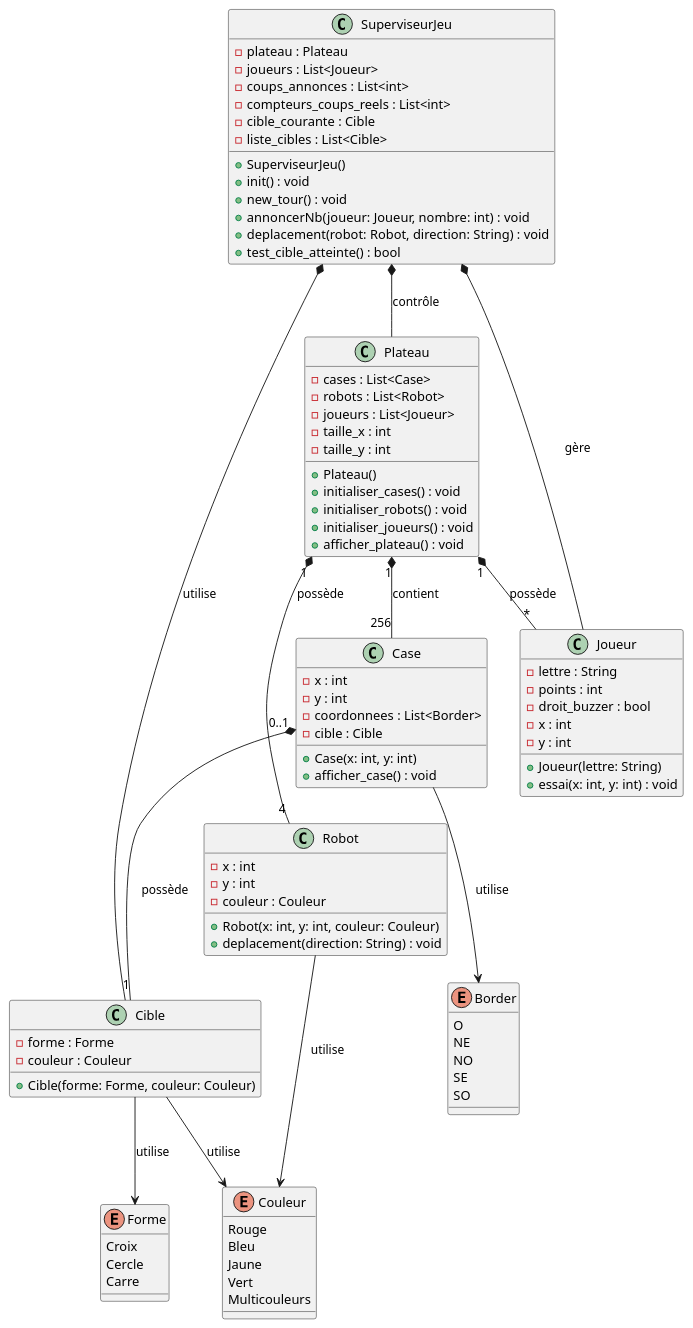
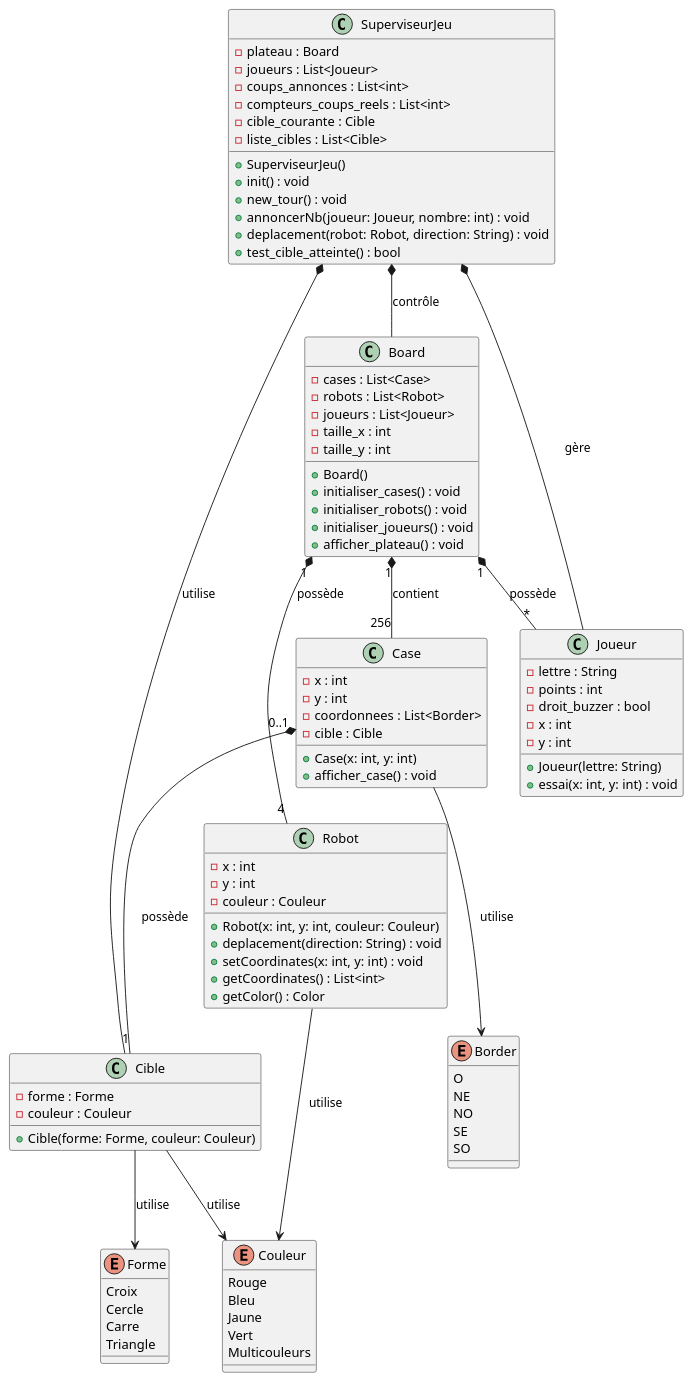
One commit to Philippeocloo/tp11-note-philips-_and_cau changed the diagram in uml/uml_diagram_class.wsd. Above: the diagram before and after it, drawn with PlantUML. The commit also changed 5 other files, not shown here.

Commit message:
Ajout classe Board + MAJ Target, Shape, UML

```diff
--- a/uml/uml_diagram_class.wsd
+++ b/uml/uml_diagram_class.wsd
@@ -1,98 +1,102 @@
-@startuml Plateau
+@startuml Board
 
 enum Border {
     O
     NE
     NO
     SE
     SO
 }
 
 enum Couleur {
     Rouge
     Bleu
     Jaune
     Vert
     Multicouleurs
 }
 
 enum Forme {
     Croix
     Cercle
     Carre
+    Triangle
 }
 
-class Plateau {
+class Board {
     - cases : List<Case>
     - robots : List<Robot>
     - joueurs : List<Joueur>
     - taille_x : int
     - taille_y : int
-    + Plateau()
+    + Board()
     + initialiser_cases() : void
     + initialiser_robots() : void
     + initialiser_joueurs() : void
     + afficher_plateau() : void
 }
 
 class Case {
     - x : int
     - y : int
     - coordonnees : List<Border>
     - cible : Cible
     + Case(x: int, y: int)
     + afficher_case() : void
 }
 
 class Cible {
     - forme : Forme
     - couleur : Couleur
     + Cible(forme: Forme, couleur: Couleur)
 }
 
 class Robot {
     - x : int
     - y : int
     - couleur : Couleur
     + Robot(x: int, y: int, couleur: Couleur)
     + deplacement(direction: String) : void
+    + setCoordinates(x: int, y: int) : void
+    + getCoordinates() : List<int>
+    + getColor() : Color
 }
 
 class Joueur {
     - lettre : String
     - points : int
     - droit_buzzer : bool
     - x : int
     - y : int
     + Joueur(lettre: String)
     + essai(x: int, y: int) : void
 }
 
 class SuperviseurJeu {
-    - plateau : Plateau
+    - plateau : Board
     - joueurs : List<Joueur>
     - coups_annonces : List<int>
     - compteurs_coups_reels : List<int>
     - cible_courante : Cible
     - liste_cibles : List<Cible>
     + SuperviseurJeu()
     + init() : void
     + new_tour() : void
     + annoncerNb(joueur: Joueur, nombre: int) : void
     + deplacement(robot: Robot, direction: String) : void
     + test_cible_atteinte() : bool
 }
 
-Plateau "1" *-- "256" Case : contient
-Plateau "1" *-- "4" Robot : possède
-Plateau "1" *-- "*" Joueur : possède
+Board "1" *-- "256" Case : contient
+Board "1" *-- "4" Robot : possède
+Board "1" *-- "*" Joueur : possède
 Case --> Border : utilise
 Case "0..1" *-- "1" Cible : possède
 Robot --> Couleur : utilise
 Cible --> Couleur : utilise
 Cible --> Forme : utilise
-SuperviseurJeu *-- Plateau : contrôle
+SuperviseurJeu *-- Board : contrôle
 SuperviseurJeu *-- Joueur : gère
 SuperviseurJeu *-- Cible : utilise
 
 @enduml
```
